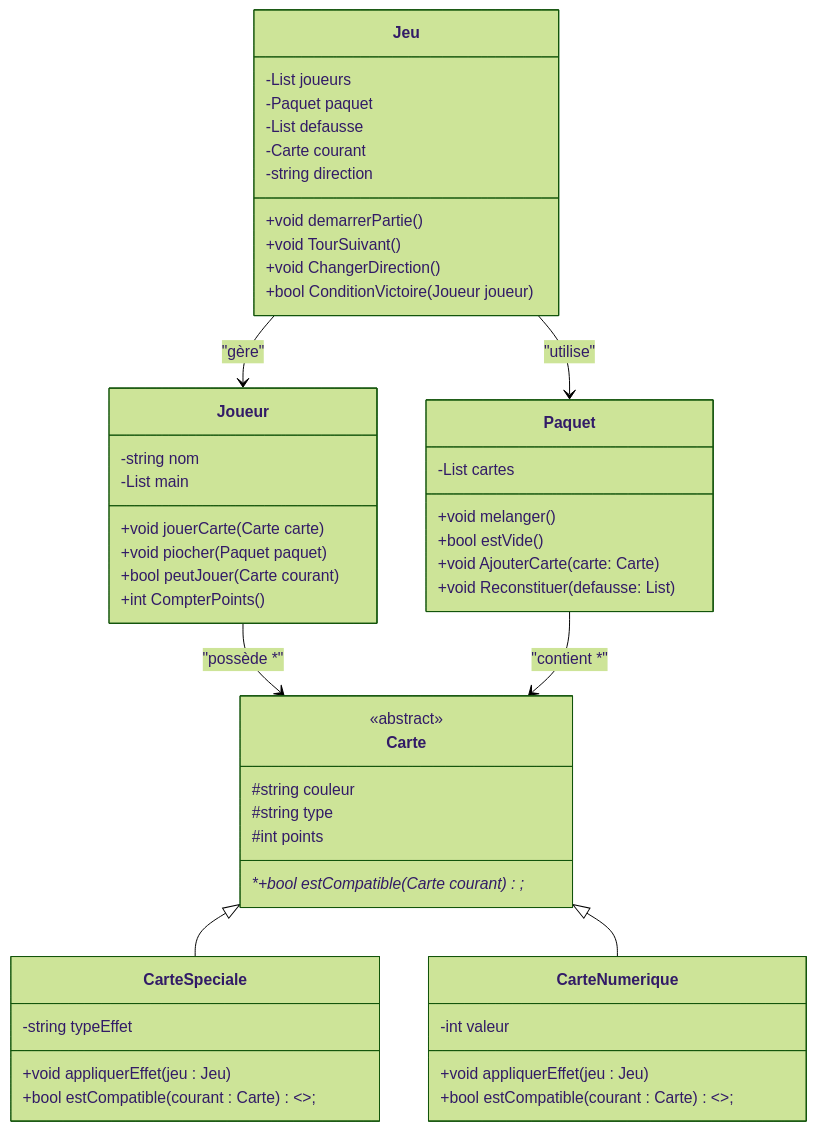
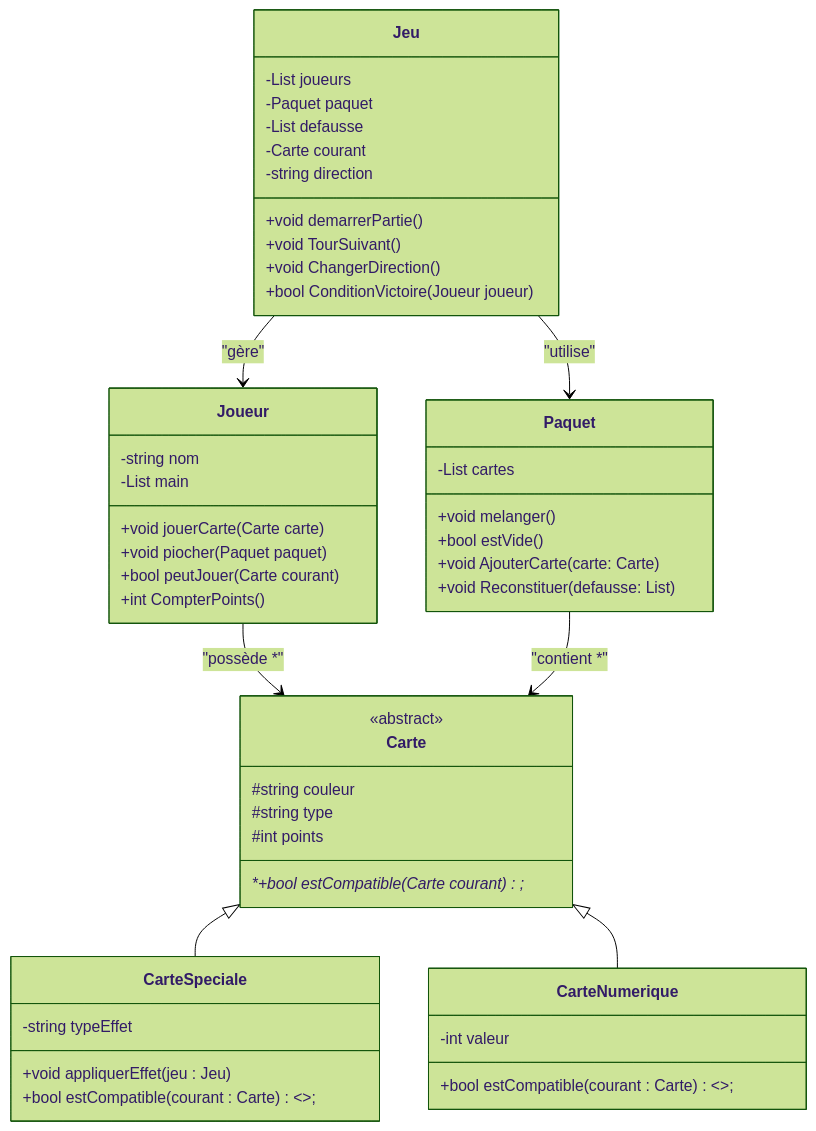
One commit to Lil-Code30/uno-game changed the diagram in README.md. Above: the diagram before and after it, drawn with Mermaid (forest theme).

Commit message:
Remove appliquerEffet method from CarteNumerique in README
The appliquerEffet method was removed from the CarteNumerique class in the class diagram section of the README to reflect recent code changes or design updates.

````diff
--- a/README.md
+++ b/README.md
@@ -26,64 +26,63 @@
 ```mermaid
 classDiagram
     class Jeu {
         -List<Joueur> joueurs
         -Paquet paquet
         -List<Carte> defausse
         -Carte courant
         -string direction
 
         +void demarrerPartie() 
         +void TourSuivant()
         +void ChangerDirection()
         +bool ConditionVictoire(Joueur joueur )
     }
 
     class Joueur {
         -string nom 
         -List<Carte> main 
 
         +void jouerCarte(Carte carte) 
         +void piocher(Paquet paquet) 
         +bool peutJouer(Carte courant) 
         +int CompterPoints()
     }
 
     class Paquet {
         -List<Carte> cartes
 
         +void melanger()
         +bool estVide()
         +void AjouterCarte(carte: Carte)
         +void Reconstituer(defausse: List<Carte>)
     }
 
     class Carte {
         <<abstract>>
         #string couleur 
         #string type 
         #int points 
 
         *+bool estCompatible(Carte courant )*;
     }
 
     class CarteSpeciale {
         -string typeEffet
 
         +void appliquerEffet(jeu : Jeu)
         +bool estCompatible(courant : Carte) <<override>>;
     }
 
     class CarteNumerique {
         -int valeur
 
-        +void appliquerEffet(jeu : Jeu)
         +bool estCompatible(courant : Carte) <<override>>;
     }
 
     Jeu --> Joueur : "gère"
     Jeu --> Paquet : "utilise"
     Joueur --> Carte : "possède *"
     Paquet --> Carte : "contient *"
     Carte <|-- CarteSpeciale
     Carte <|-- CarteNumerique
 ```
````
